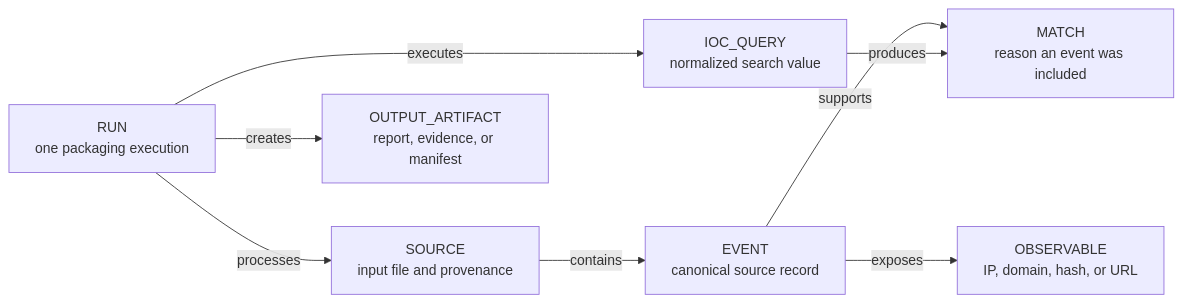
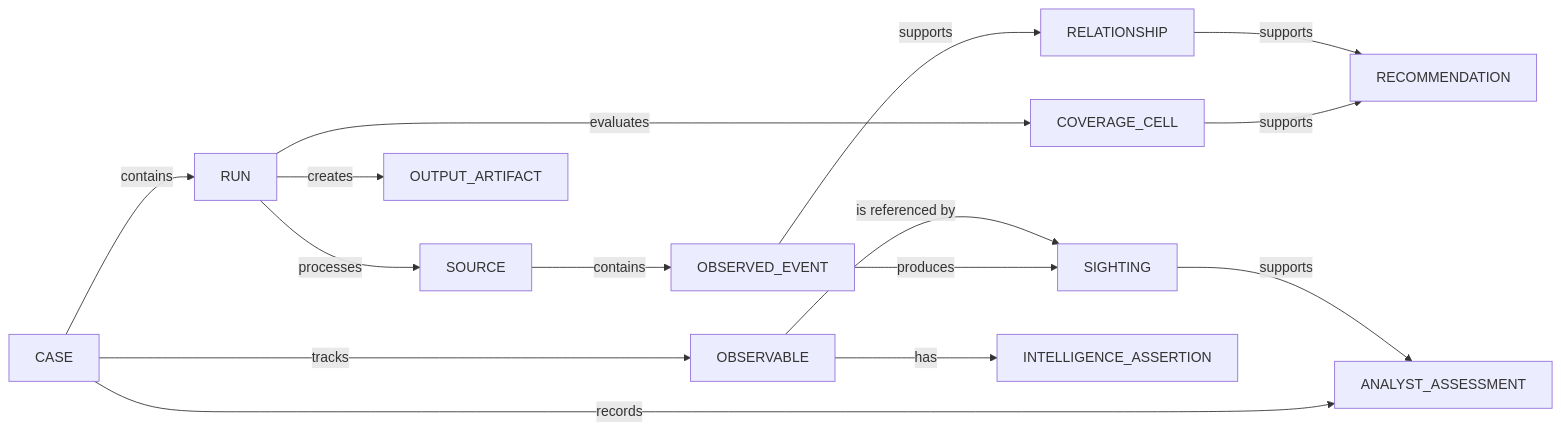
Before and after one commit to saltyma/ioc-evidence-packager: the fifth of 5 diagrams in docs/ARCHITECTURE.md, drawn with Mermaid. The commit also changed other lines of this file and 22 other files, not shown here.

````diff
--- a/docs/ARCHITECTURE.md
+++ b/docs/ARCHITECTURE.md
@@ -95,18 +178,17 @@
 ```mermaid
 flowchart LR
-    RUN["RUN<br/>one packaging execution"]
-    QUERY["IOC_QUERY<br/>normalized search value"]
-    SOURCE["SOURCE<br/>input file and provenance"]
-    EVENT["EVENT<br/>canonical source record"]
-    OBS["OBSERVABLE<br/>IP, domain, hash, or URL"]
-    MATCH["MATCH<br/>reason an event was included"]
-    OUTPUT["OUTPUT_ARTIFACT<br/>report, evidence, or manifest"]
-
-    RUN -->|executes| QUERY
-    RUN -->|processes| SOURCE
-    RUN -->|creates| OUTPUT
-    SOURCE -->|contains| EVENT
-    EVENT -->|exposes| OBS
-    EVENT -->|supports| MATCH
-    QUERY -->|produces| MATCH
+    CASE["CASE"] -->|"contains"| RUN["RUN"]
+    CASE -->|"tracks"| OBS["OBSERVABLE"]
+    RUN -->|"processes"| SOURCE["SOURCE"]
+    SOURCE -->|"contains"| EVENT["OBSERVED_EVENT"]
+    EVENT -->|"produces"| SIGHTING["SIGHTING"]
+    OBS -->|"is referenced by"| SIGHTING
+    EVENT -->|"supports"| REL["RELATIONSHIP"]
+    RUN -->|"evaluates"| COVERAGE["COVERAGE_CELL"]
+    OBS -->|"has"| ASSERTION["INTELLIGENCE_ASSERTION"]
+    CASE -->|"records"| ASSESSMENT["ANALYST_ASSESSMENT"]
+    SIGHTING -->|"supports"| ASSESSMENT
+    COVERAGE -->|"supports"| REC["RECOMMENDATION"]
+    REL -->|"supports"| REC
+    RUN -->|"creates"| ARTIFACT["OUTPUT_ARTIFACT"]
 ```
````
